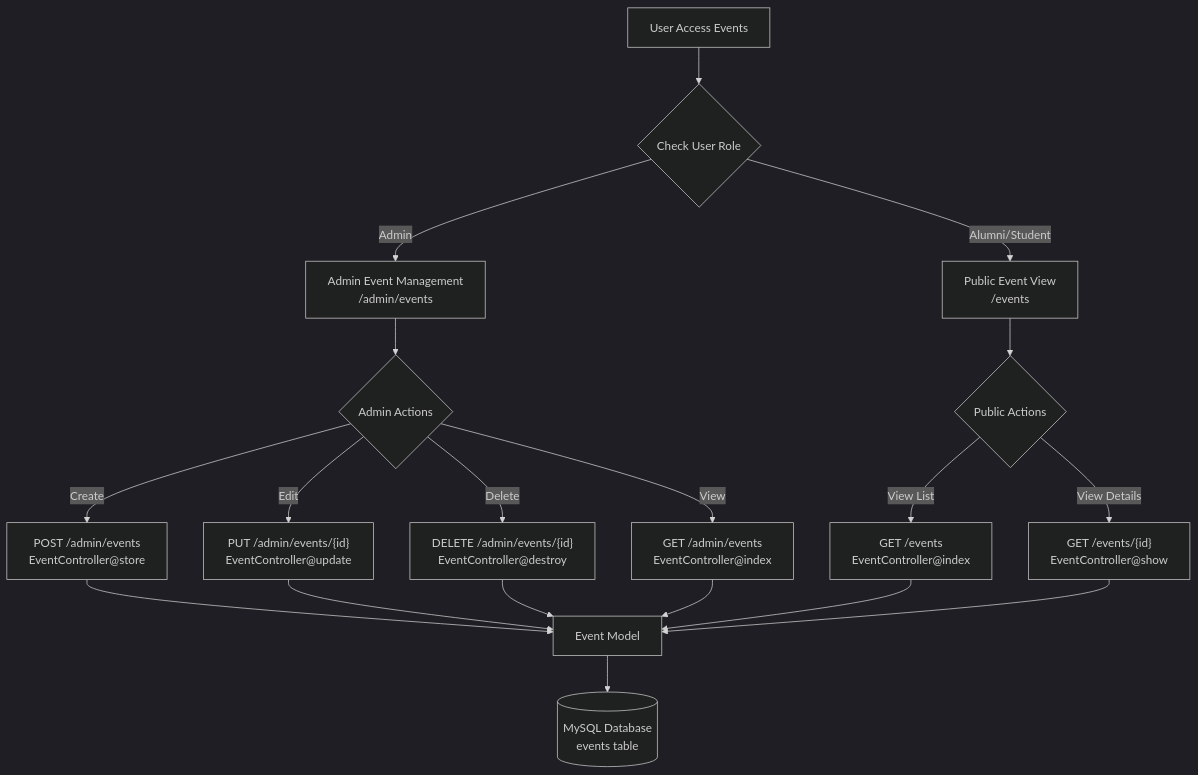
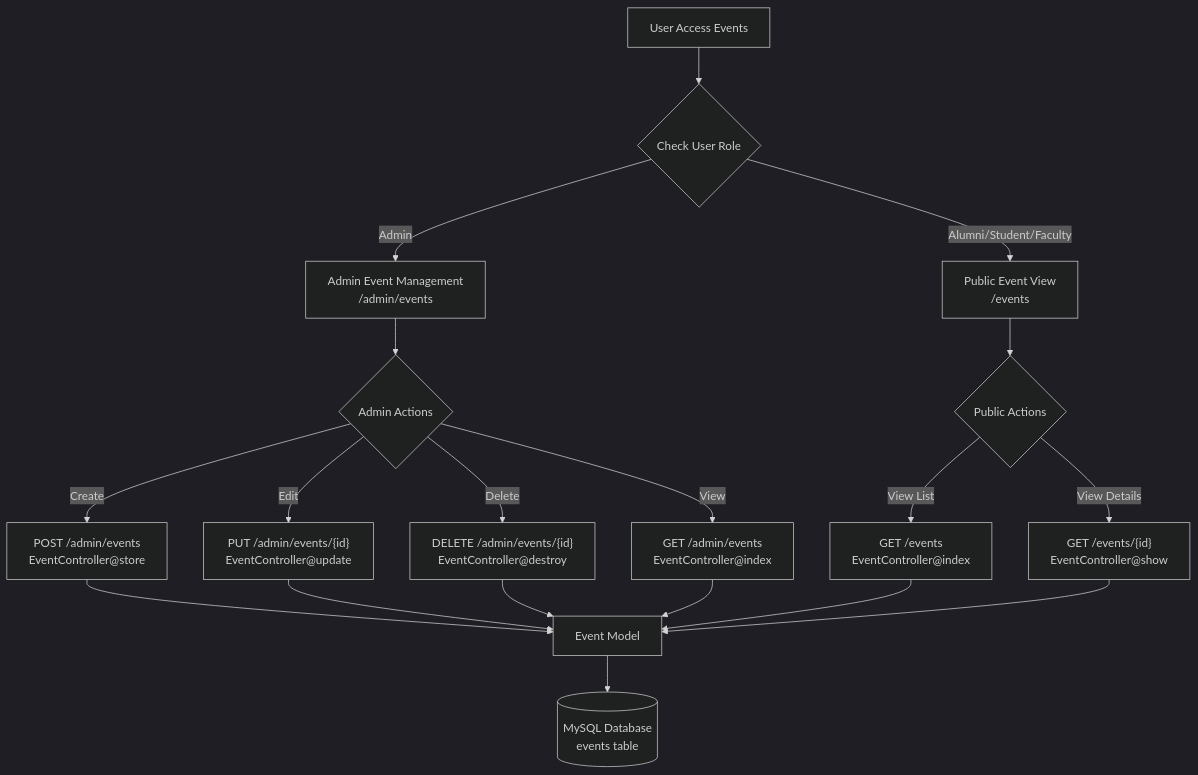
Diagram 14 of 24 in SYSTEM_FLOW.md (finalproject201gub/GUB-alumni-portal), drawn with Mermaid (dark theme) before and after one commit. The commit also changed other lines of this file and 4 other files, not shown here.

Commit message:
docs: Refactor role-based access control diagram to a sequence diagram and integrate Faculty role into system flow.

````diff
--- a/SYSTEM_FLOW.md
+++ b/SYSTEM_FLOW.md
@@ -471,26 +480,26 @@
 ```mermaid
 graph TD
     Start["User Access Events"] --> RoleCheck{"Check User Role"}
     
     RoleCheck -->|Admin| AdminEventAccess["Admin Event Management<br/>/admin/events"]
-    RoleCheck -->|Alumni/Student| PublicEventAccess["Public Event View<br/>/events"]
+    RoleCheck -->|Alumni/Student/Faculty| PublicEventAccess["Public Event View<br/>/events"]
     
     AdminEventAccess --> AdminActions{"Admin Actions"}
     AdminActions -->|Create| CreateEvent["POST /admin/events<br/>EventController@store"]
     AdminActions -->|Edit| EditEvent["PUT /admin/events/{id}<br/>EventController@update"]
     AdminActions -->|Delete| DeleteEvent["DELETE /admin/events/{id}<br/>EventController@destroy"]
     AdminActions -->|View| ViewEvent["GET /admin/events<br/>EventController@index"]
     
     PublicEventAccess --> PublicActions{"Public Actions"}
     PublicActions -->|View List| ViewEvents["GET /events<br/>EventController@index"]
     PublicActions -->|View Details| ViewEventDetail["GET /events/{id}<br/>EventController@show"]
     
     CreateEvent --> EventModel["Event Model"]
     EditEvent --> EventModel
     DeleteEvent --> EventModel
     ViewEvent --> EventModel
     ViewEvents --> EventModel
     ViewEventDetail --> EventModel
     
     EventModel --> Database[("MySQL Database<br/>events table")]
 ```
````
